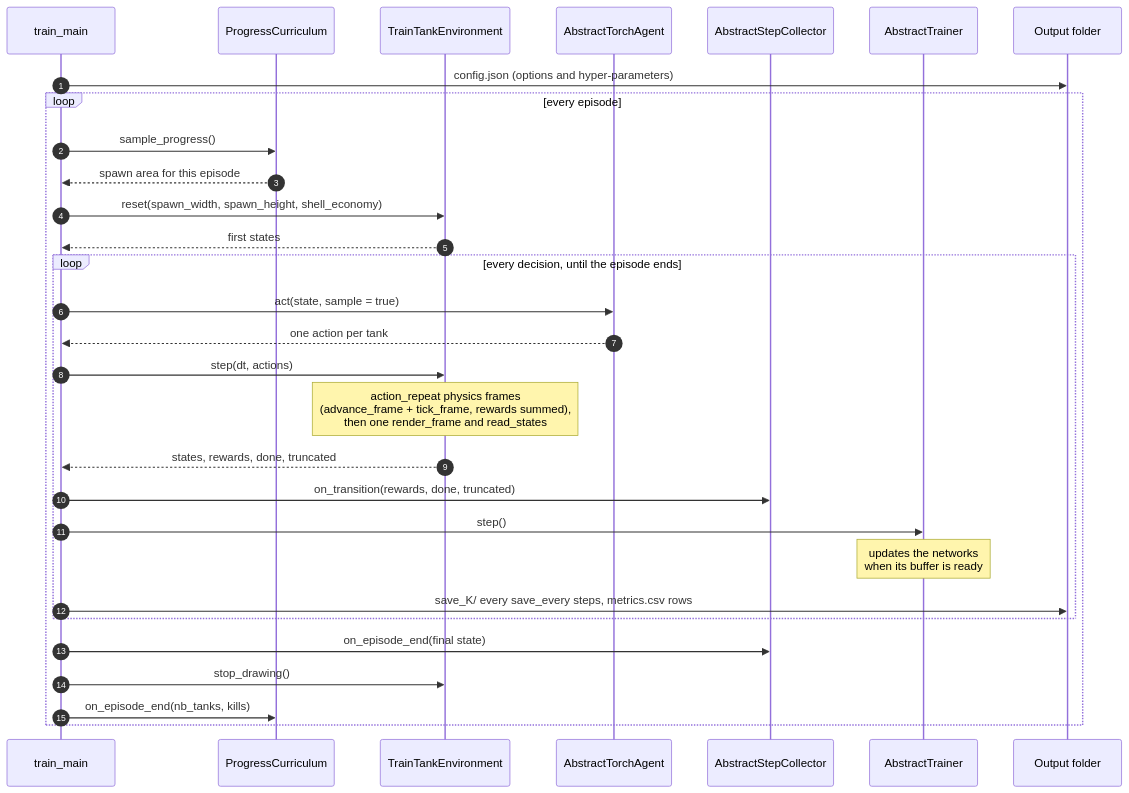
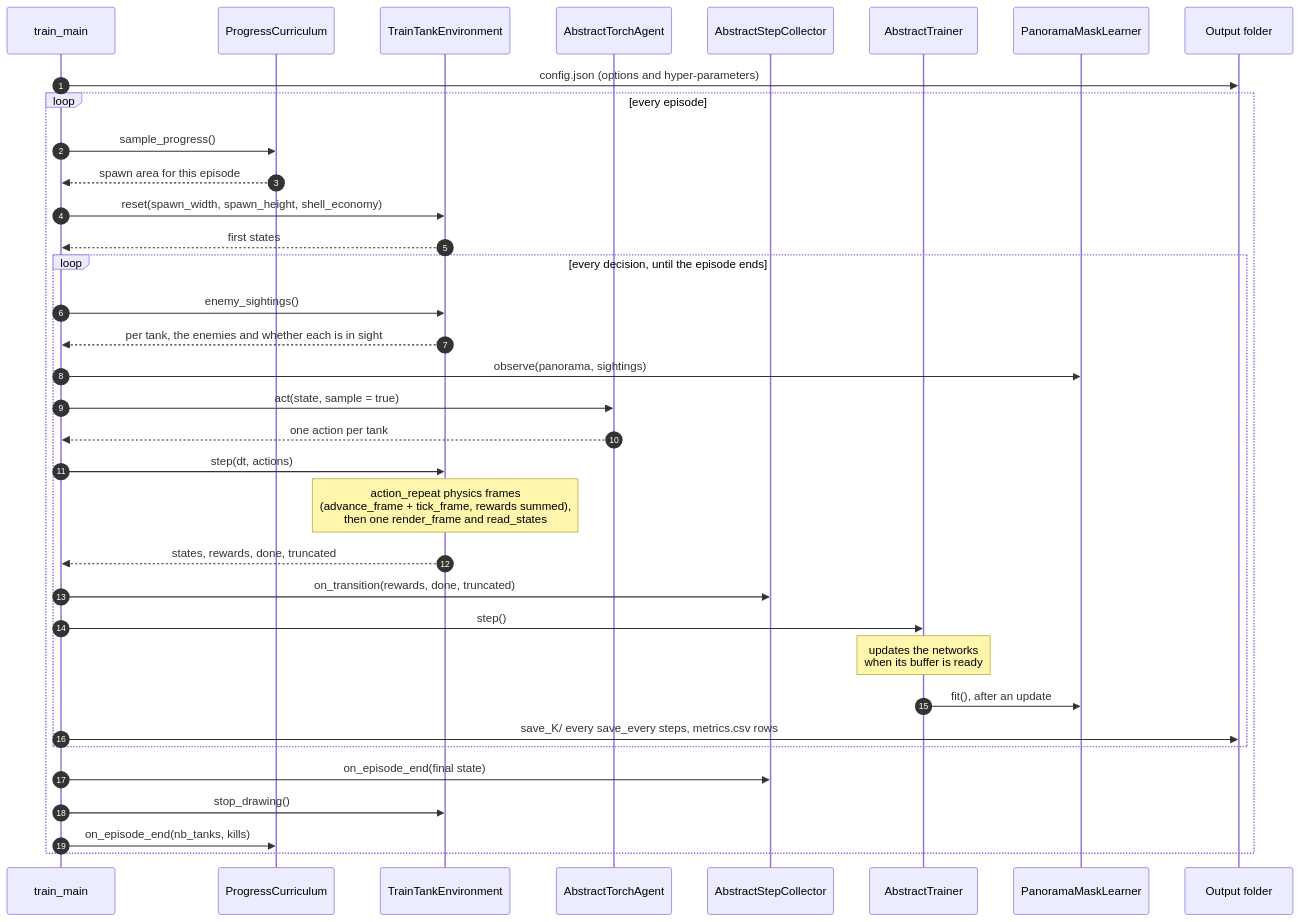
The tenth of 10 diagrams in docs/ARCHITECTURE.md (Ipsedo/ArenAI), drawn with Mermaid before and after one commit. The commit also changed other lines of this file and 62 other files, not shown here.

Commit message:
feat(agent): train a shared panorama encoder by an enemy-visibility mask

````diff
--- a/docs/ARCHITECTURE.md
+++ b/docs/ARCHITECTURE.md
@@ -668,36 +680,41 @@
 ```mermaid
 sequenceDiagram
     autonumber
     participant Main as train_main
     participant Curriculum as ProgressCurriculum
     participant Env as TrainTankEnvironment
     participant Agent as AbstractTorchAgent
     participant Collector as AbstractStepCollector
     participant Trainer as AbstractTrainer
+    participant Mask as PanoramaMaskLearner
     participant Out as Output folder
 
     Main->>Out: config.json (options and hyper-parameters)
 
     loop every episode
         Main->>Curriculum: sample_progress()
         Curriculum-->>Main: spawn area for this episode
         Main->>Env: reset(spawn_width, spawn_height, shell_economy)
         Env-->>Main: first states
 
         loop every decision, until the episode ends
+            Main->>Env: enemy_sightings()
+            Env-->>Main: per tank, the enemies and whether each is in sight
+            Main->>Mask: observe(panorama, sightings)
             Main->>Agent: act(state, sample = true)
             Agent-->>Main: one action per tank
             Main->>Env: step(dt, actions)
             Note over Env: action_repeat physics frames<br/>(advance_frame + tick_frame, rewards summed),<br/>then one render_frame and read_states
             Env-->>Main: states, rewards, done, truncated
             Main->>Collector: on_transition(rewards, done, truncated)
             Main->>Trainer: step()
             Note over Trainer: updates the networks<br/>when its buffer is ready
+            Trainer->>Mask: fit(), after an update
             Main->>Out: save_K/ every save_every steps, metrics.csv rows
         end
 
         Main->>Collector: on_episode_end(final state)
         Main->>Env: stop_drawing()
         Main->>Curriculum: on_episode_end(nb_tanks, kills)
     end
 ```
````
